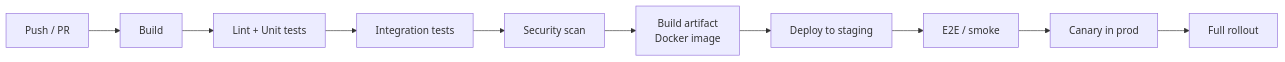
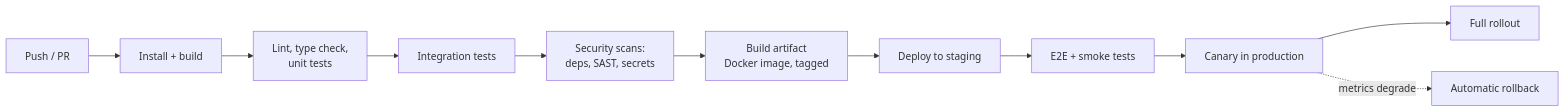
One commit to hshtgbrendo/software-dev-prep changed the first of 2 diagrams in design/5 Engineering Practices/CI-CD & Deployment.md. Above: the diagram before and after it, drawn with Mermaid. The commit also changed other lines of this file and 28 other files, not shown here.

````diff
--- a/design/5 Engineering Practices/CI-CD & Deployment.md
+++ b/design/5 Engineering Practices/CI-CD & Deployment.md
@@ -25,4 +54,5 @@
 ```mermaid
 flowchart LR
-  A[Push / PR] --> B[Build] --> C[Lint + Unit tests] --> D[Integration tests] --> E[Security scan] --> F[Build artifact<br/>Docker image] --> G[Deploy to staging] --> H[E2E / smoke] --> I[Canary in prod] --> J[Full rollout]
+  A[Push / PR] --> B[Install + build] --> C[Lint, type check,<br/>unit tests] --> D[Integration tests] --> E[Security scans:<br/>deps, SAST, secrets] --> F[Build artifact<br/>Docker image, tagged] --> G[Deploy to staging] --> H[E2E + smoke tests] --> I[Canary in production] --> J[Full rollout]
+  I -. metrics degrade .-> RB[Automatic rollback]
 ```
````
